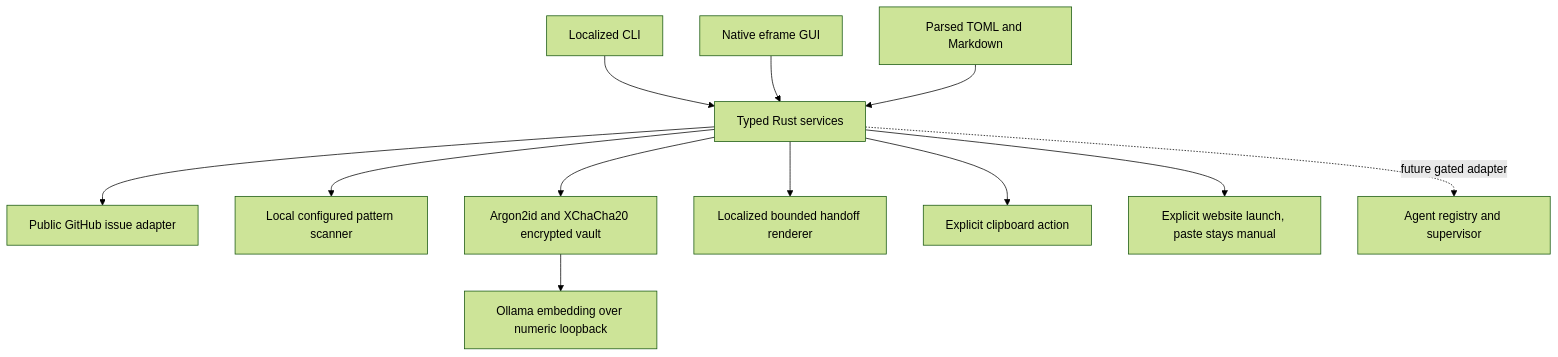
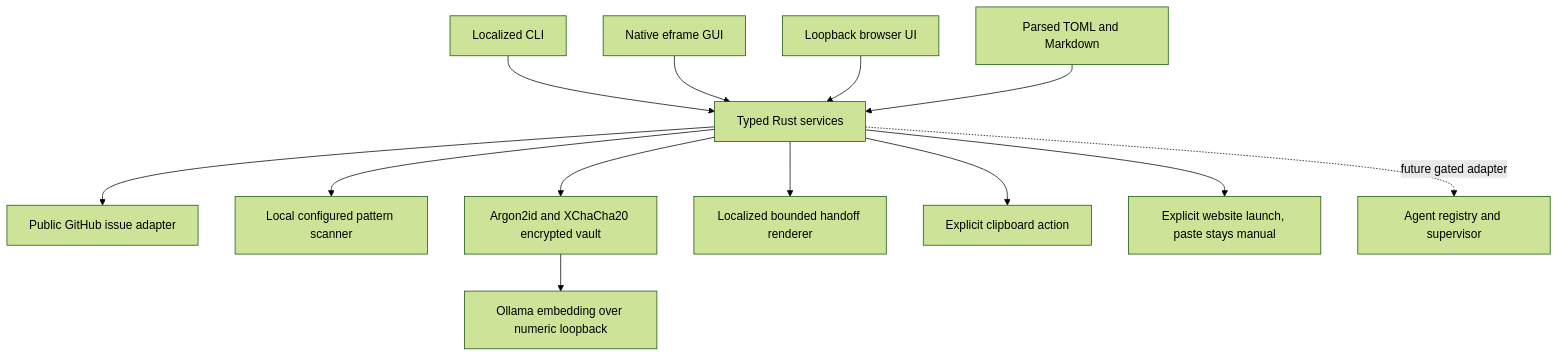
The diagram in docs/ARCHITECTURE.md (kairosci/ali), drawn with Mermaid (forest theme) before and after one commit. The commit also changed other lines of this file and 40 other files, not shown here.

````diff
--- a/docs/ARCHITECTURE.md
+++ b/docs/ARCHITECTURE.md
@@ -5,14 +5,15 @@
 ```mermaid
 flowchart TB
     CLI[Localized CLI] --> Core[Typed Rust services]
     GUI[Native eframe GUI] --> Core
+    Web[Loopback browser UI] --> Core
     Config[Parsed TOML and Markdown] --> Core
     Core --> GitHub[Public GitHub issue adapter]
     Core --> Redactor[Local configured pattern scanner]
     Core --> Vault[Argon2id and XChaCha20 encrypted vault]
     Vault --> Embed[Ollama embedding over numeric loopback]
     Core --> Handoff[Localized bounded handoff renderer]
     Core --> Clipboard[Explicit clipboard action]
     Core --> Browser[Explicit website launch, paste stays manual]
     Core -. future gated adapter .-> Agents[Agent registry and supervisor]
 ```
````
